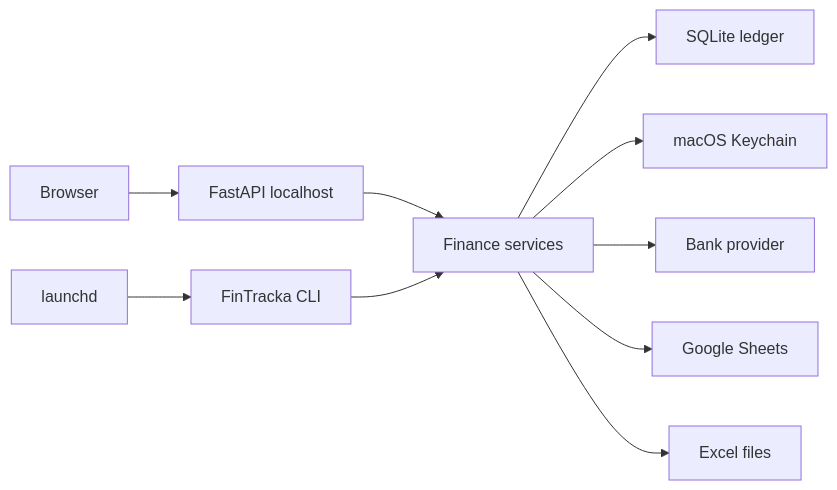
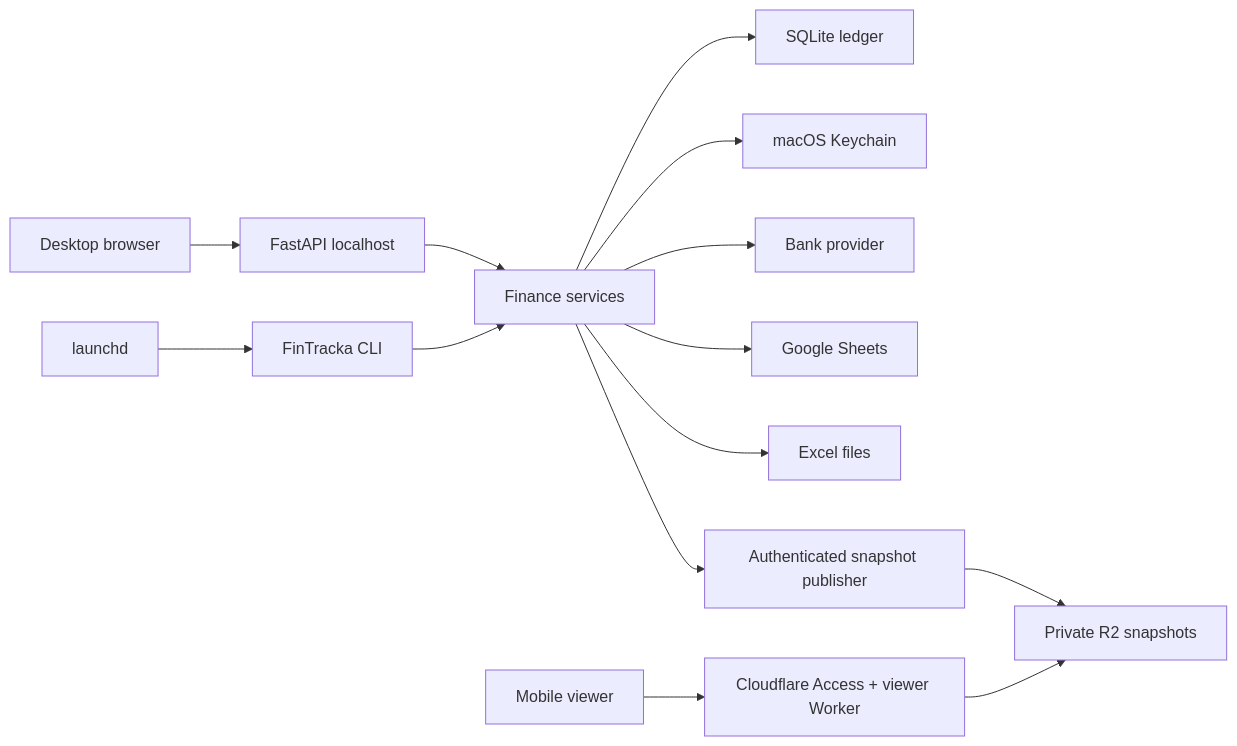
One commit to davidonthethird/FinTracka changed the diagram in ARCHITECTURE.md. Above: the diagram before and after it, drawn with Mermaid. The commit also changed other lines of this file and 1 other file, not shown here.

Commit message:
Add long-term architecture guardrails (#28)

````diff
--- a/ARCHITECTURE.md
+++ b/ARCHITECTURE.md
@@ -5,12 +5,16 @@
 ```mermaid
 flowchart LR
-    U["Browser"] --> A["FastAPI localhost"]
+    U["Desktop browser"] --> A["FastAPI localhost"]
     A --> S["Finance services"]
     S --> D["SQLite ledger"]
     S --> K["macOS Keychain"]
     S --> P["Bank provider"]
     S --> G["Google Sheets"]
     S --> X["Excel files"]
     L["launchd"] --> C["FinTracka CLI"]
     C --> S
+    S --> W["Authenticated snapshot publisher"]
+    W --> R["Private R2 snapshots"]
+    M["Mobile viewer"] --> V["Cloudflare Access + viewer Worker"]
+    V --> R
 ```
````
